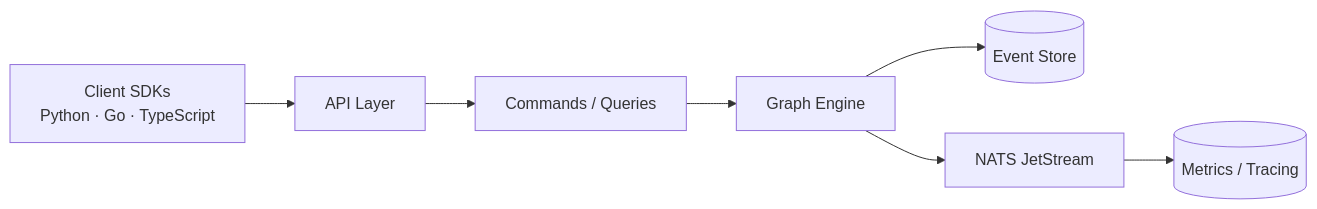
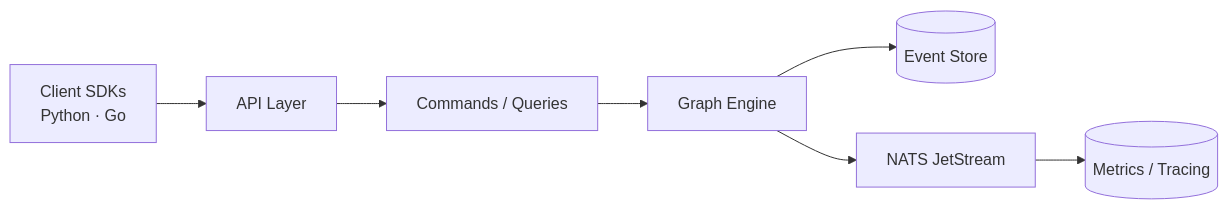
One commit to Duragraph/duragraph changed the diagram in docs/src/content/docs/docs/introduction.mdx. Above: the diagram before and after it, drawn with Mermaid. The commit also changed other lines of this file and 97 other files, not shown here.

````diff
--- a/docs/src/content/docs/docs/introduction.mdx
+++ b/docs/src/content/docs/docs/introduction.mdx
@@ -38,15 +38,15 @@
 ```mermaid
 flowchart LR
-  client["Client SDKs<br/>Python · Go · TypeScript"]
+  client["Client SDKs<br/>Python · Go"]
   api[API Layer]
   commands[Commands / Queries]
   engine[Graph Engine]
   events[(Event Store)]
   nats[NATS JetStream]
   observability[(Metrics / Tracing)]
 
   client --> api --> commands --> engine
   engine --> events
   engine --> nats
   nats --> observability
 ```
````
